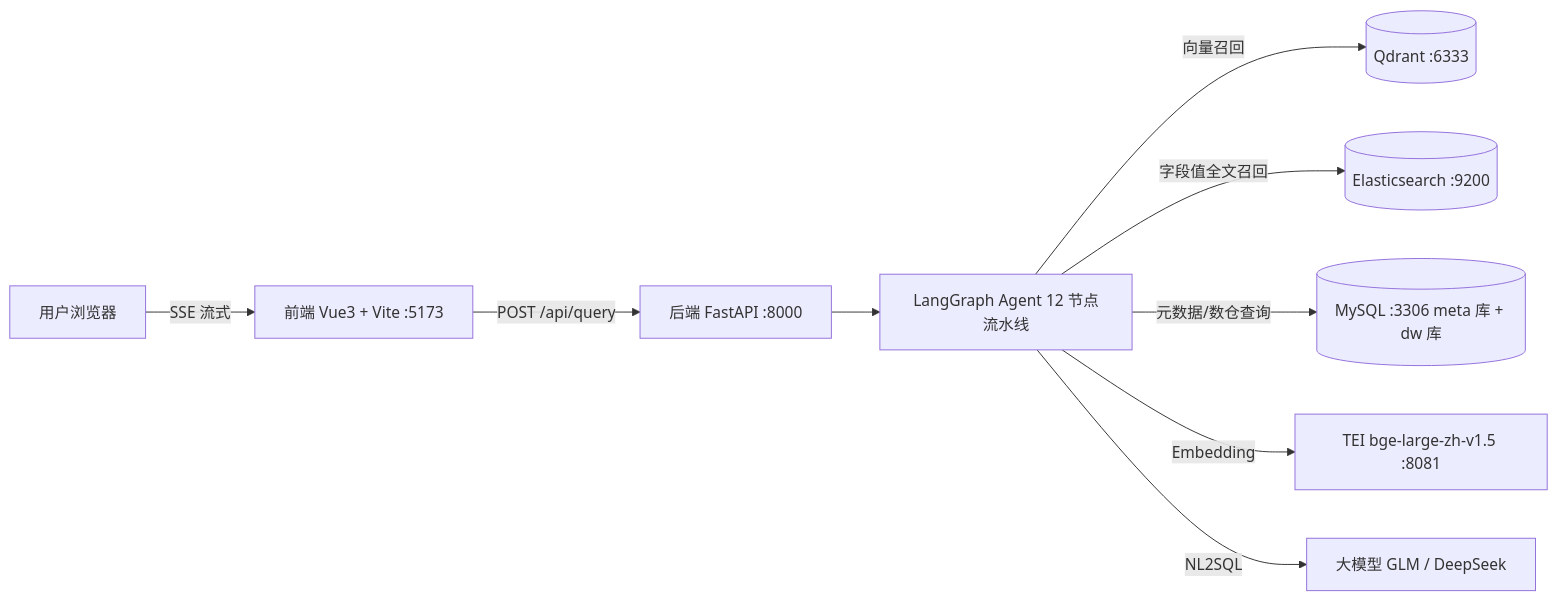
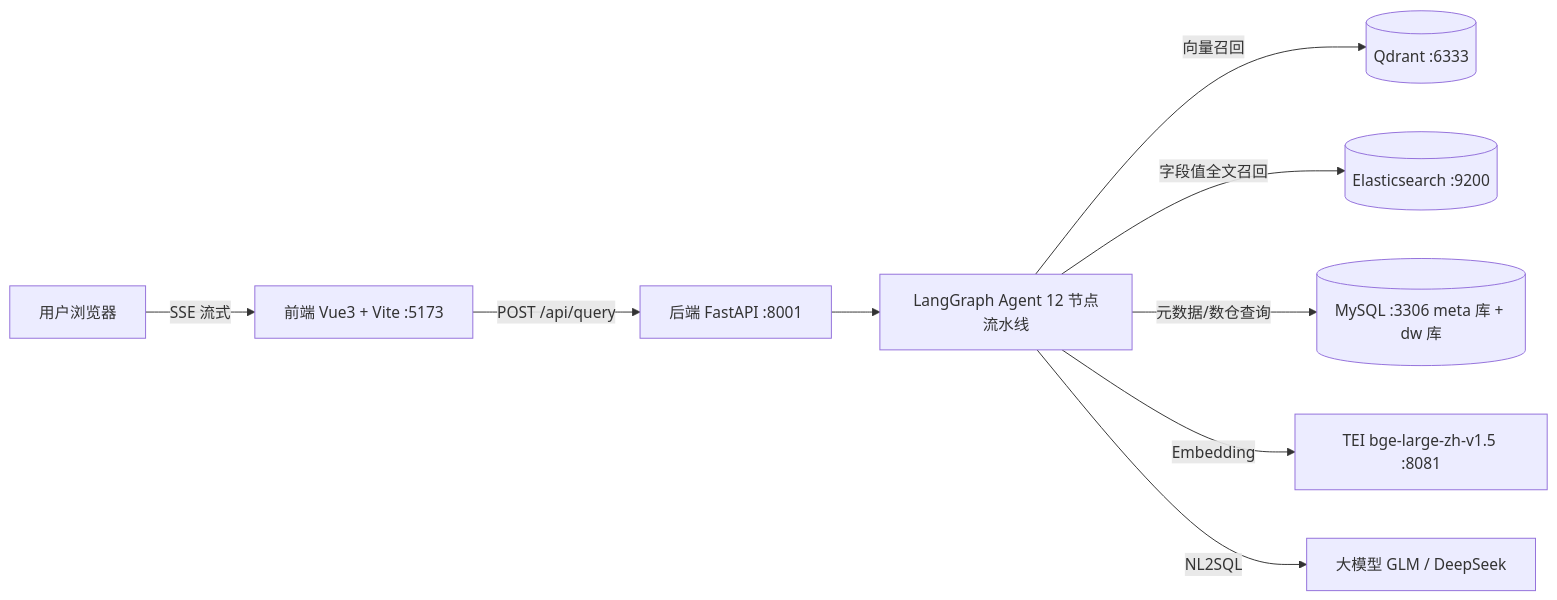
Before and after one commit to allanlvbaba/data_agent: the diagram in README.md, drawn with Mermaid. The commit also changed other lines of this file and 2 other files, not shown here.

Commit message:
fix: 后端端口 8000→8001,规避系统僵尸监听导致的请求黑洞
- 现象:前后端启动后,后端控制台无日志、前端无最终结果
- 根因:127.0.0.1:8000 存在两个僵尸 LISTENING(PID 11268/43196,
  进程已死但 WinSock 条目未回收,疑似 fastapi dev 异常退出/WSL 泄漏),
  vite 代理的连接被幽灵接管,真实后端收不到任何请求
- 处置:vite 代理与后端迁移至 8001,端到端 SSE 验证通过
  (12 个事件,含最终 result 表格);文档端口引用同步更新

````diff
--- a/README.md
+++ b/README.md
@@ -36,11 +36,11 @@
 ```mermaid
 flowchart LR
     U[用户浏览器] -->|SSE 流式| FE[前端 Vue3 + Vite :5173]
-    FE -->|POST /api/query| BE[后端 FastAPI :8000]
+    FE -->|POST /api/query| BE[后端 FastAPI :8001]
     BE --> AG[LangGraph Agent 12 节点流水线]
     AG -->|向量召回| QD[(Qdrant :6333)]
     AG -->|字段值全文召回| ES[(Elasticsearch :9200)]
     AG -->|元数据/数仓查询| MY[(MySQL :3306 meta 库 + dw 库)]
     AG -->|Embedding| TEI[TEI bge-large-zh-v1.5 :8081]
     AG -->|NL2SQL| LLM[大模型 GLM / DeepSeek]
 ```
````
